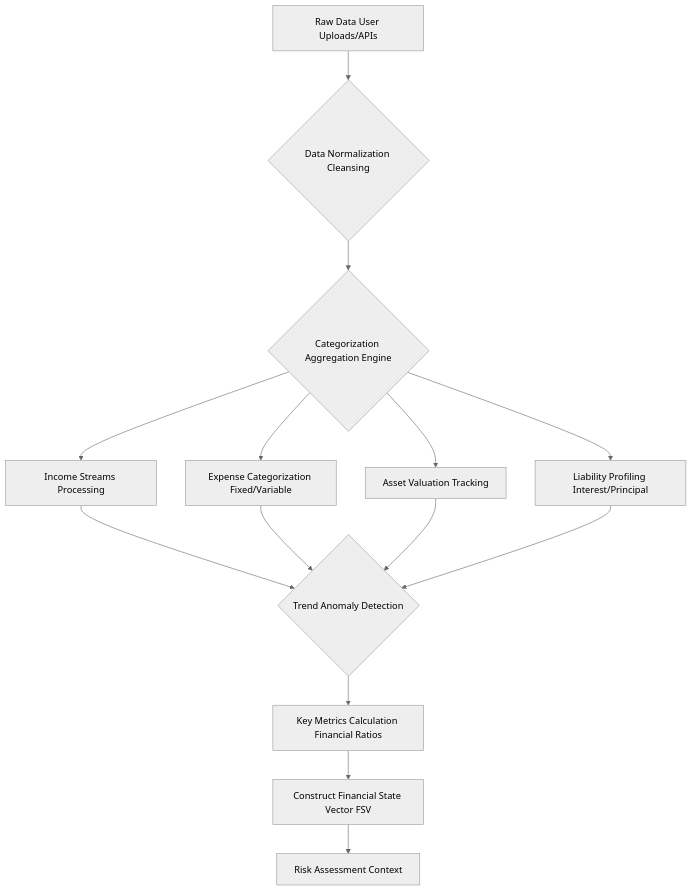
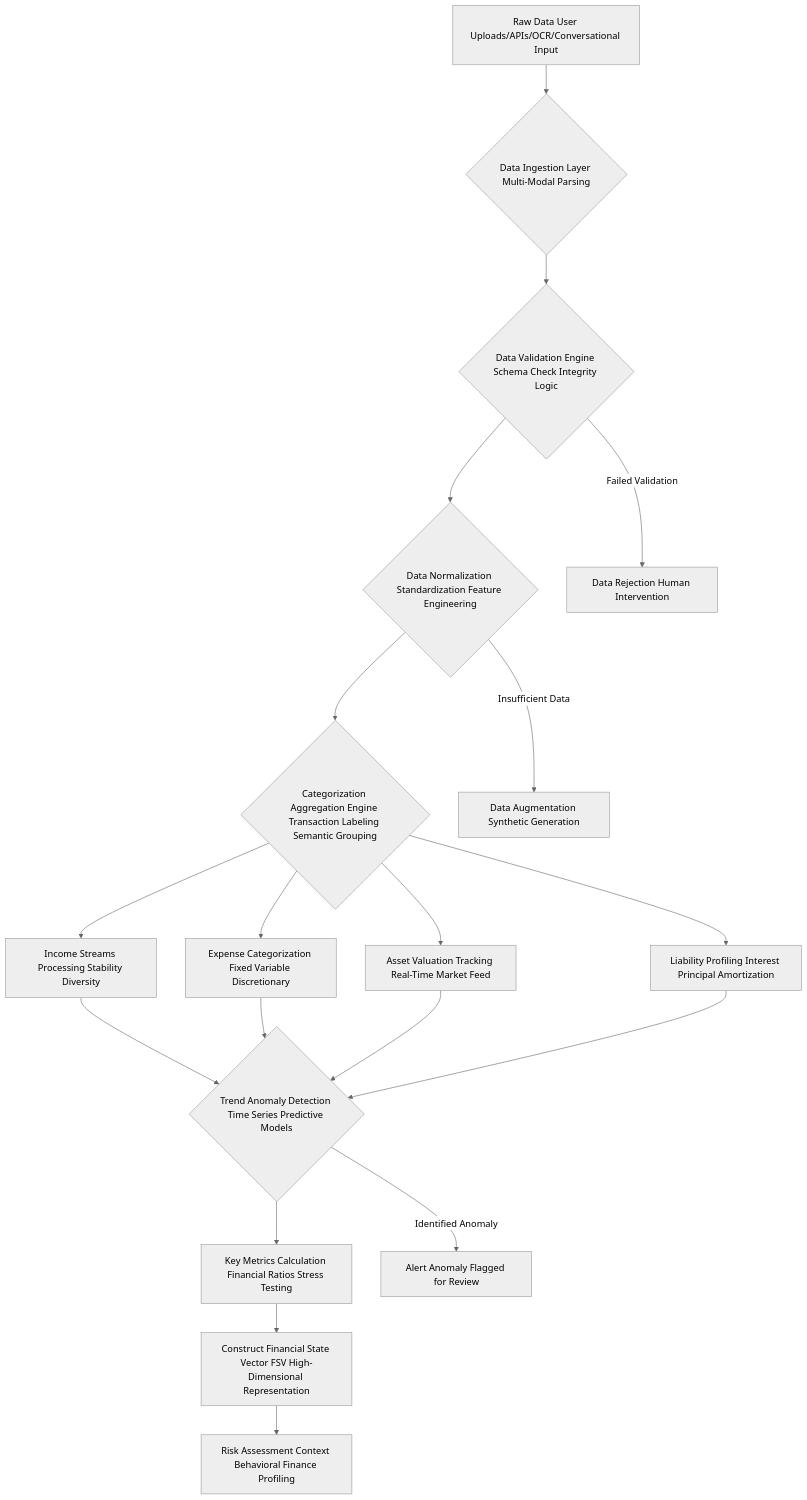
The third of 12 diagrams in inventions/004_ai_financial_plan_for_goals/generative_ai_prompt_template.md (diplomat-bit/Citibank_Demo_Business_Inc_Demonstration-), drawn with Mermaid (neutral theme) before and after one commit. The commit also changed other lines of this file, not shown here.

````diff
--- a/inventions/004_ai_financial_plan_for_goals/generative_ai_prompt_template.md
+++ b/inventions/004_ai_financial_plan_for_goals/generative_ai_prompt_template.md
@@ -154,13 +270,18 @@
 ```mermaid
 graph TD
-    A[Raw Data User Uploads/APIs] --> B{Data Normalization Cleansing}
-    B --> C{Categorization Aggregation Engine}
-    C --> D1[Income Streams Processing]
-    C --> D2[Expense Categorization Fixed/Variable]
-    C --> D3[Asset Valuation Tracking]
-    C --> D4[Liability Profiling Interest/Principal]
-    D1 & D2 & D3 & D4 --> E{Trend Anomaly Detection}
-    E --> F[Key Metrics Calculation Financial Ratios]
-    F --> G[Construct Financial State Vector FSV]
-    G --> H[Risk Assessment Context]
+    A[Raw Data User Uploads/APIs/OCR/Conversational Input] --> B{Data Ingestion Layer Multi-Modal Parsing}
+    B --> C{Data Validation Engine Schema Check Integrity Logic}
+    C --> D{Data Normalization Standardization Feature Engineering}
+    D --> E{Categorization Aggregation Engine Transaction Labeling Semantic Grouping}
+    E --> F1[Income Streams Processing Stability Diversity]
+    E --> F2[Expense Categorization Fixed Variable Discretionary]
+    E --> F3[Asset Valuation Tracking Real-Time Market Feed]
+    E --> F4[Liability Profiling Interest Principal Amortization]
+    F1 & F2 & F3 & F4 --> G{Trend Anomaly Detection Time Series Predictive Models}
+    G --> H[Key Metrics Calculation Financial Ratios Stress Testing]
+    H --> I[Construct Financial State Vector FSV High-Dimensional Representation]
+    I --> J[Risk Assessment Context Behavioral Finance Profiling]
+    C -- Failed Validation --> Z[Data Rejection Human Intervention]
+    D -- Insufficient Data --> Y[Data Augmentation Synthetic Generation]
+    G -- Identified Anomaly --> X[Alert Anomaly Flagged for Review]
 ```
````
